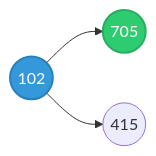
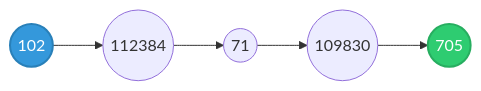
The diagram in graphs.md (HououinOlaf/mineria-de-datos), drawn with Mermaid before and after one commit.

````diff
--- a/graphs.md
+++ b/graphs.md
@@ -2,8 +2,10 @@
 ```mermaid
 flowchart LR
-    102((102))-->705((705))
-    102((102))-->415((415))
+    102((102))-->112384((112384))
+    112384((112384))-->71((71))
+    71((71))-->109830((109830))
+    109830((109830))-->705((705))
 
     style 102 fill:#3498db,stroke:#2980b9,stroke-width:2px,color:#fff
     style 705 fill:#2ecc71,stroke:#27ae60,stroke-width:2px,color:#fff
 ```
````
